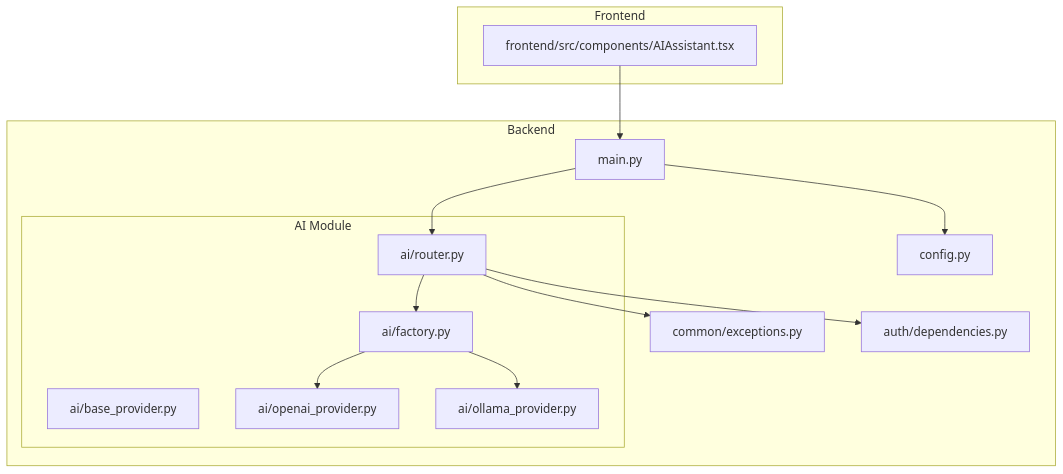
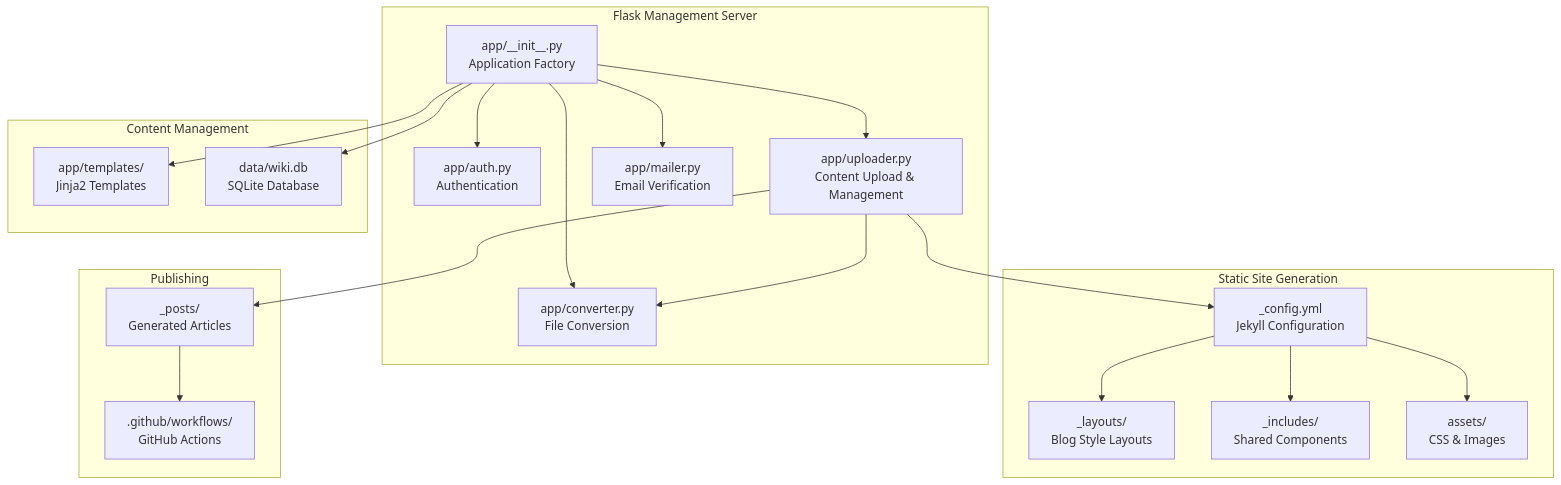
The first of 3 diagrams in .qoder/repowiki/en/content/Backend Application/AI Integration.md (PolarisW007/PolaZhenJing), drawn with Mermaid before and after one commit. The commit also changed other lines of this file and 153 other files, not shown here.

````diff
--- a/.qoder/repowiki/en/content/Backend Application/AI Integration.md
+++ b/.qoder/repowiki/en/content/Backend Application/AI Integration.md
@@ -36,27 +48,37 @@
 ```mermaid
 graph TB
-subgraph "Backend"
-MAIN["main.py"]
-CFG["config.py"]
-EXC["common/exceptions.py"]
-AUTH["auth/dependencies.py"]
-subgraph "AI Module"
-BASE["ai/base_provider.py"]
-FACT["ai/factory.py"]
-OPENAI["ai/openai_provider.py"]
-OLLAMA["ai/ollama_provider.py"]
-ROUTER["ai/router.py"]
+subgraph "Flask Management Server"
+APP["app/__init__.py<br/>Application Factory"]
+AUTH["app/auth.py<br/>Authentication"]
+UP["app/uploader.py<br/>Content Upload & Management"]
+CONV["app/converter.py<br/>File Conversion"]
+MAIL["app/mailer.py<br/>Email Verification"]
 end
+subgraph "Content Management"
+TEMPLATES["app/templates/<br/>Jinja2 Templates"]
+DB["data/wiki.db<br/>SQLite Database"]
 end
-subgraph "Frontend"
-FE_AI["frontend/src/components/AIAssistant.tsx"]
+subgraph "Static Site Generation"
+JEKYLL["_config.yml<br/>Jekyll Configuration"]
+LAYOUTS["_layouts/<br/>Blog Style Layouts"]
+INCLUDES["_includes/<br/>Shared Components"]
+ASSETS["assets/<br/>CSS & Images"]
 end
-MAIN --> ROUTER
-ROUTER --> FACT
-FACT --> OPENAI
-FACT --> OLLAMA
-ROUTER --> AUTH
-ROUTER --> EXC
-MAIN --> CFG
-FE_AI --> MAIN
+subgraph "Publishing"
+POSTS["_posts/<br/>Generated Articles"]
+GITHUB[".github/workflows/<br/>GitHub Actions"]
+end
+APP --> AUTH
+APP --> UP
+APP --> CONV
+APP --> MAIL
+APP --> TEMPLATES
+APP --> DB
+UP --> CONV
+UP --> POSTS
+UP --> JEKYLL
+JEKYLL --> LAYOUTS
+JEKYLL --> INCLUDES
+JEKYLL --> ASSETS
+POSTS --> GITHUB
 ```
````
